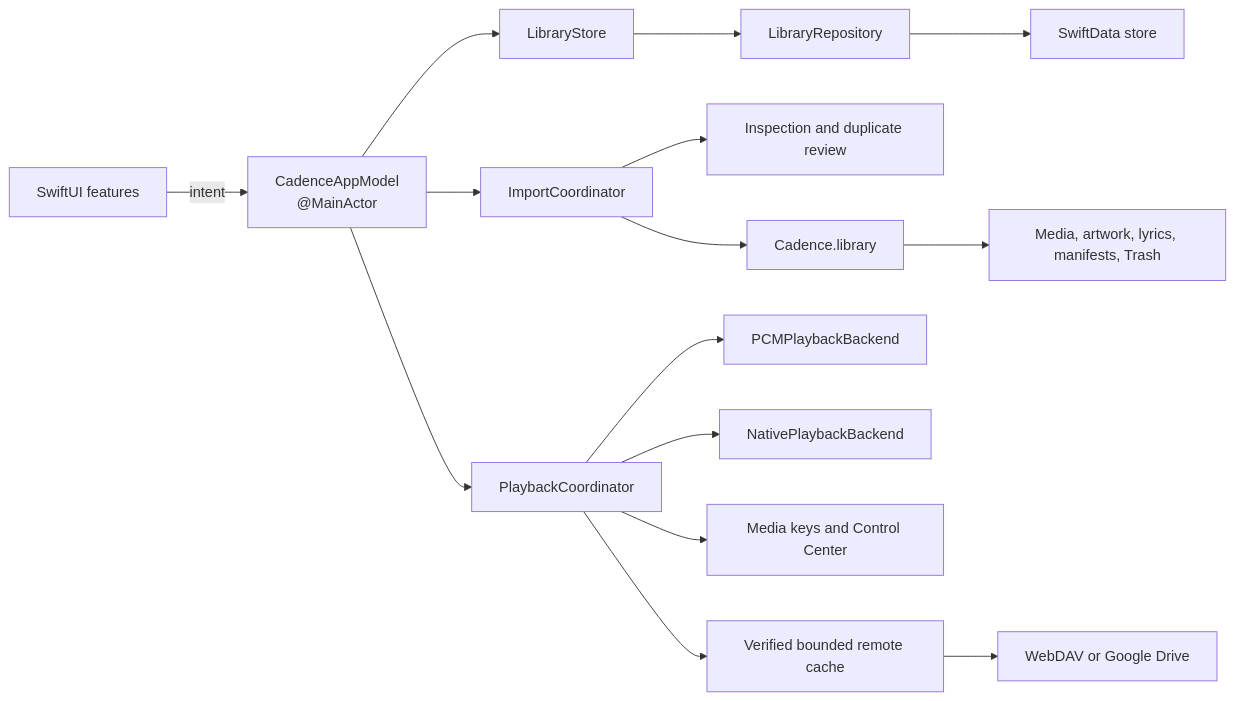
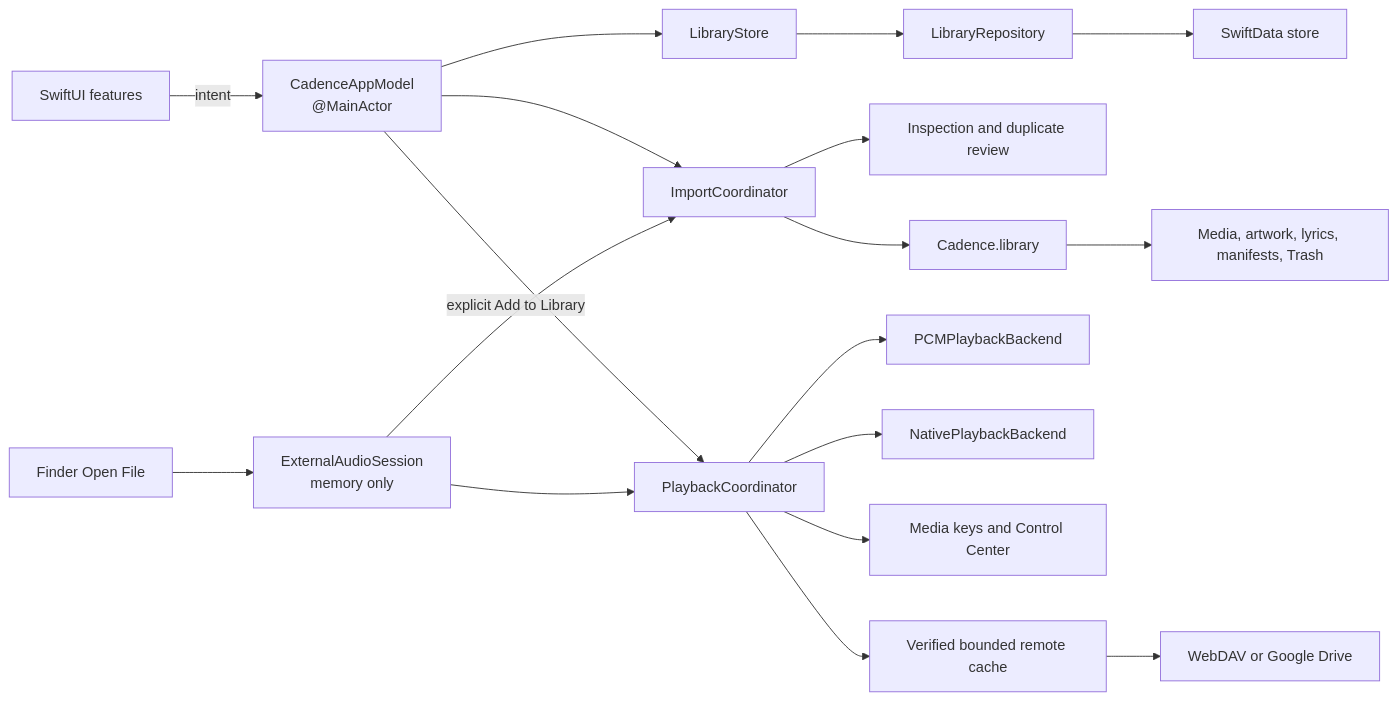
One commit to qenterra/cadence changed the diagram in docs/ARCHITECTURE.md. Above: the diagram before and after it, drawn with Mermaid. The commit also changed other lines of this file and 32 other files, not shown here.

Commit message:
feat: open external audio without importing

````diff
--- a/docs/ARCHITECTURE.md
+++ b/docs/ARCHITECTURE.md
@@ -8,17 +8,20 @@
 ```mermaid
 flowchart LR
     UI["SwiftUI features"] -->|"intent"| Model["CadenceAppModel<br/>@MainActor"]
     Model --> Store["LibraryStore"]
     Store --> Repository["LibraryRepository"]
     Repository --> SwiftData["SwiftData store"]
     Model --> Import["ImportCoordinator"]
     Import --> Inspector["Inspection and duplicate review"]
     Import --> Managed["Cadence.library"]
     Model --> Playback["PlaybackCoordinator"]
+    OpenFile["Finder Open File"] --> External["ExternalAudioSession<br/>memory only"]
+    External --> Playback
+    External -->|"explicit Add to Library"| Import
     Playback --> PCM["PCMPlaybackBackend"]
     Playback --> Native["NativePlaybackBackend"]
     Playback --> System["Media keys and Control Center"]
     Managed --> Media["Media, artwork, lyrics, manifests, Trash"]
     Playback --> RemoteCache["Verified bounded remote cache"]
     RemoteCache --> Providers["WebDAV or Google Drive"]
 ```
````
